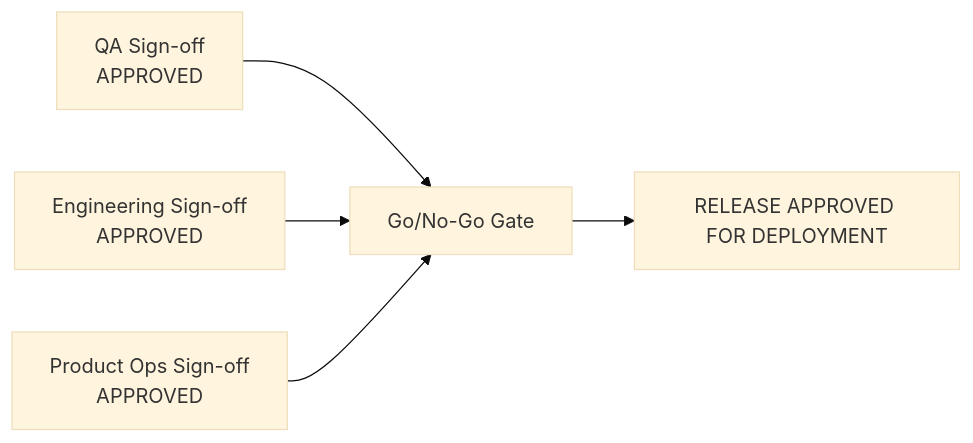
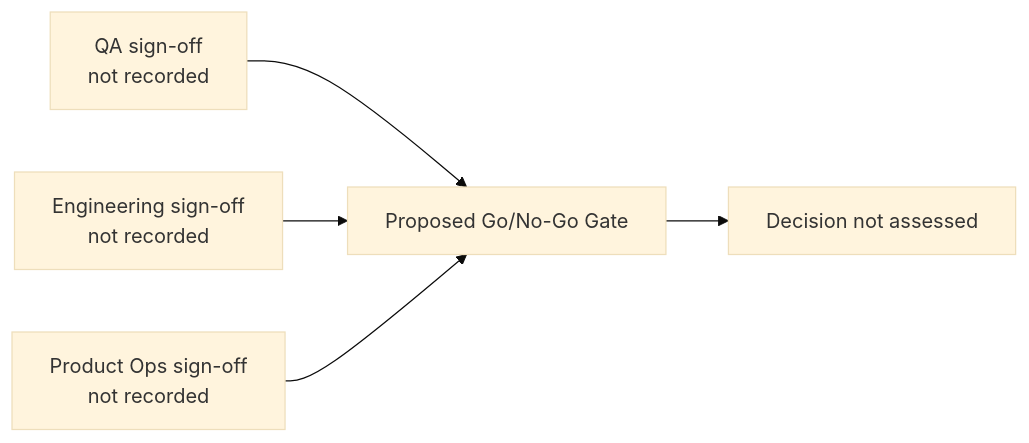
Before and after one commit to subhamtri2015/SaaS-Agile-Execution-And-Backlog-Management-Framework: the diagram in 06-docs/readiness-checklist.md, drawn with Mermaid (base theme). The commit also changed other lines of this file and 9 other files, not shown here.

````diff
--- a/06-docs/readiness-checklist.md
+++ b/06-docs/readiness-checklist.md
@@ -35,7 +37,7 @@
 ```mermaid
 flowchart LR
-    A[QA Sign-off\nAPPROVED] --> D[Go/No-Go Gate]
-    B[Engineering Sign-off\nAPPROVED] --> D
-    C[Product Ops Sign-off\nAPPROVED] --> D
-    D --> E[RELEASE APPROVED FOR DEPLOYMENT]
+    A[QA sign-off\nnot recorded] --> D[Proposed Go/No-Go Gate]
+    B[Engineering sign-off\nnot recorded] --> D
+    C[Product Ops sign-off\nnot recorded] --> D
+    D --> E[Decision not assessed]
 ```
````
